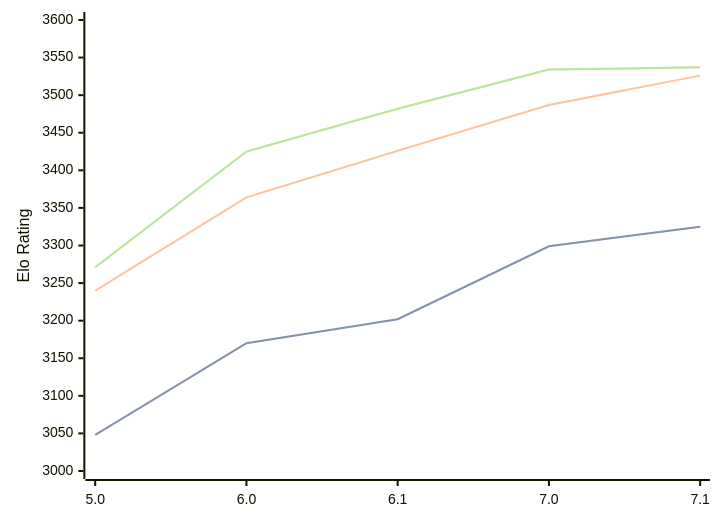
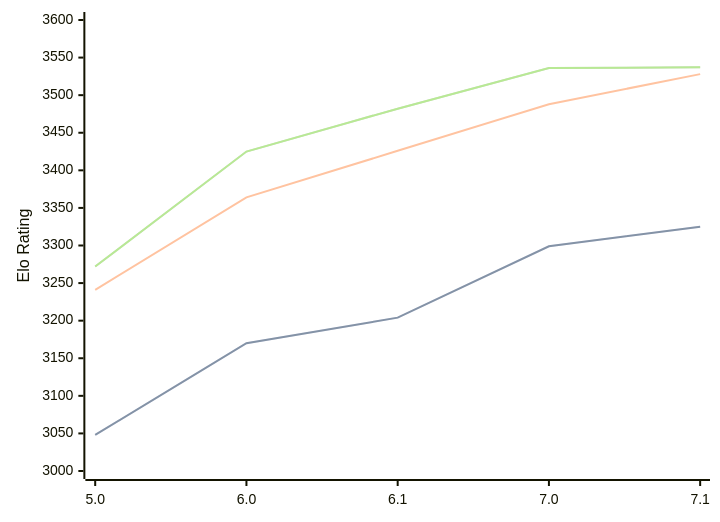
One commit to computer-chess-index/cci changed the diagram in engines/PZChessBot.md. Above: the diagram before and after it, drawn with Mermaid. The commit also changed other lines of this file, not shown here.

Commit message:
Update CCI Ratings (ELO VLTC) - 2026-09-09

````diff
--- a/engines/PZChessBot.md
+++ b/engines/PZChessBot.md
@@ -35,11 +35,11 @@
 ```mermaid
 %%{init: {"theme":"base","themeVariables":{"seriesColors:['#a3a3a3','#222221','#faa371']}}}%%
 xychart-beta
   x-axis ["5.0", "6.0", "6.1", "7.0", "7.1"]
   y-axis "Elo Rating" 3000 --> 3600
-  line "" [3048, 3170, 3202, 3299, 3325]
-  line "STC (8.0+0.08s)" [3048, 3170, 3202, 3299, 3325]
-  line "LTC (60.0+0.60s)" [3240, 3364, 3426, 3487, 3526]
-  line "" [3271, 3425, 3482, 3534, 3537]
-  line "VLTC (2m24s+1.12s)" [3271, 3425, 3482, 3534, 3537]
+  line "" [3048, 3170, 3204, 3299, 3325]
+  line "STC (8.0+0.08s)" [3048, 3170, 3204, 3299, 3325]
+  line "LTC (60.0+0.60s)" [3241, 3364, 3426, 3488, 3528]
+  line "" [3272, 3425, 3482, 3536, 3537]
+  line "VLTC (2m24s+1.12s)" [3272, 3425, 3482, 3536, 3537]
 ```
````
